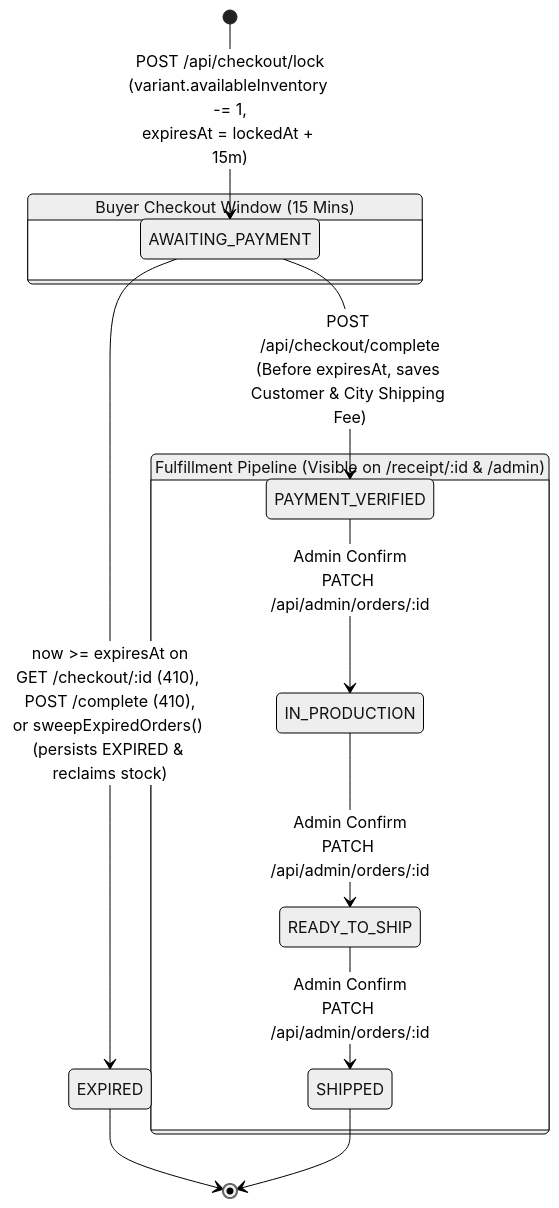
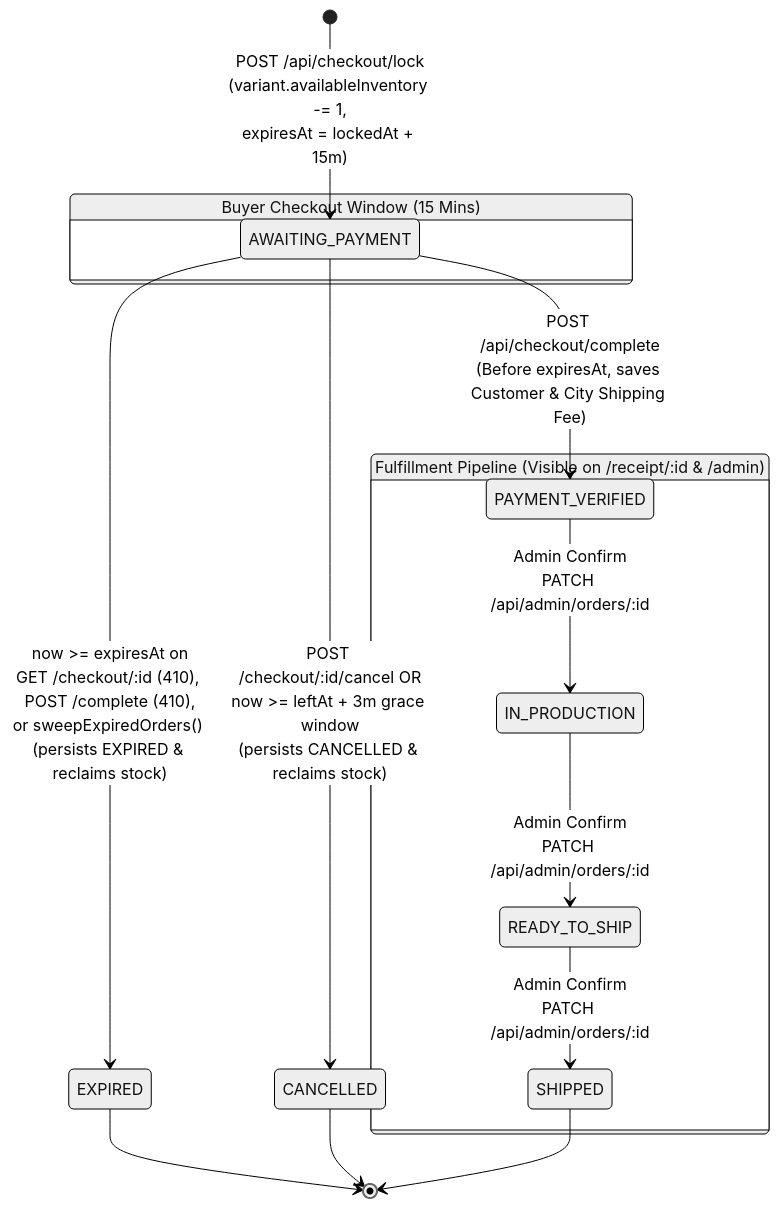
The fourth of 10 diagrams in SYSTEM_DESIGN.md (mickoSugianto/launchqueue), drawn with Mermaid (neutral theme) before and after one commit. The commit also changed other lines of this file and 27 other files, not shown here.

First line of the commit message:
feat: add checkout abandonment flow, MSW recovery, and receipt cache sync

````diff
--- a/SYSTEM_DESIGN.md
+++ b/SYSTEM_DESIGN.md
@@ -233,20 +241,22 @@
 ```mermaid
 stateDiagram-v2
     [*] --> AWAITING_PAYMENT : POST /api/checkout/lock<br/>(variant.availableInventory -= 1,<br/>expiresAt = lockedAt + 15m)
 
     state "Buyer Checkout Window (15 Mins)" as CheckoutWindow {
         AWAITING_PAYMENT
     }
 
     AWAITING_PAYMENT --> EXPIRED : now >= expiresAt on<br/>GET /checkout/:id (410), POST /complete (410),<br/>or sweepExpiredOrders() (persists EXPIRED & reclaims stock)
+    AWAITING_PAYMENT --> CANCELLED : POST /checkout/:id/cancel OR<br/>now >= leftAt + 3m grace window<br/>(persists CANCELLED & reclaims stock)
     AWAITING_PAYMENT --> PAYMENT_VERIFIED : POST /api/checkout/complete<br/>(Before expiresAt, saves Customer & City Shipping Fee)
 
     state "Fulfillment Pipeline (Visible on /receipt/:id & /admin)" as FulfillmentPipeline {
         PAYMENT_VERIFIED --> IN_PRODUCTION : Admin Confirm<br/>PATCH /api/admin/orders/:id
         IN_PRODUCTION --> READY_TO_SHIP : Admin Confirm<br/>PATCH /api/admin/orders/:id
         READY_TO_SHIP --> SHIPPED : Admin Confirm<br/>PATCH /api/admin/orders/:id
     }
 
     EXPIRED --> [*]
+    CANCELLED --> [*]
     SHIPPED --> [*]
 ```
````
